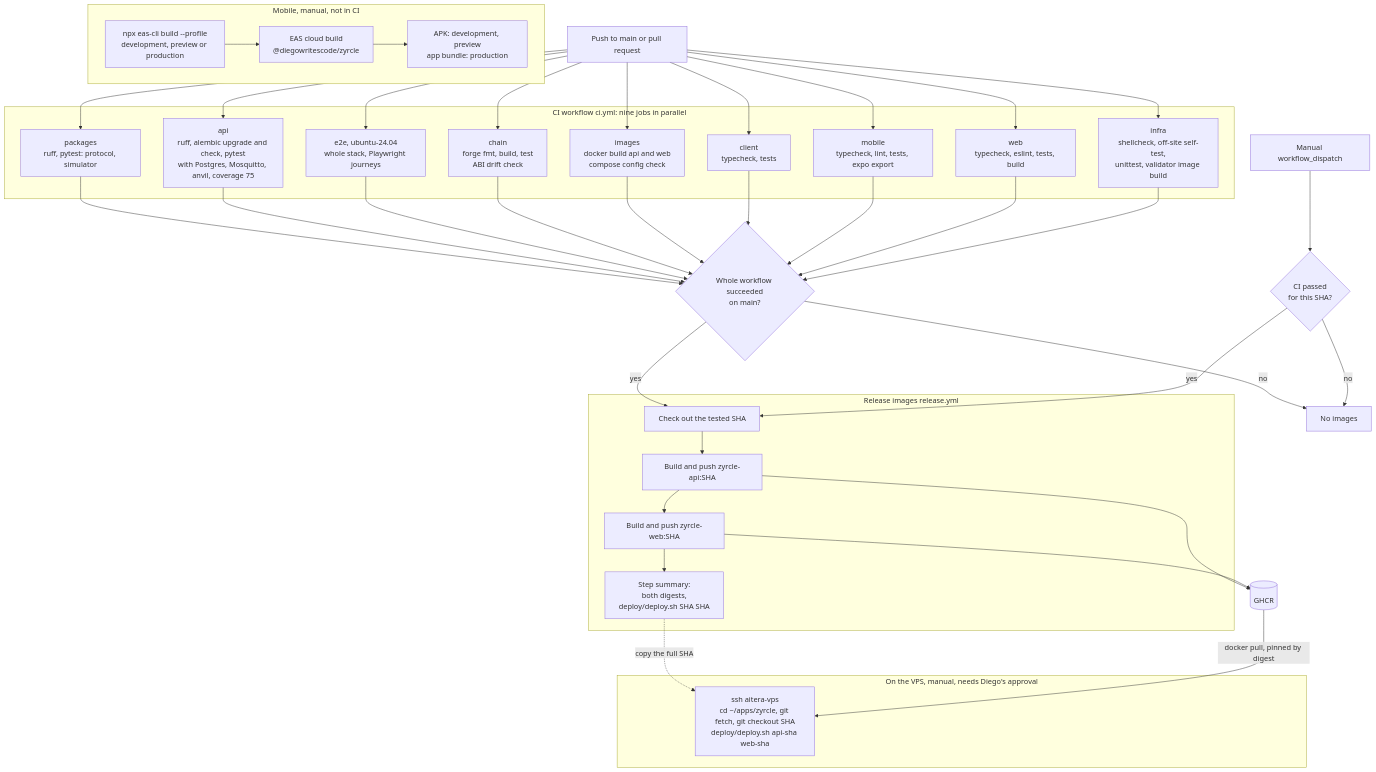
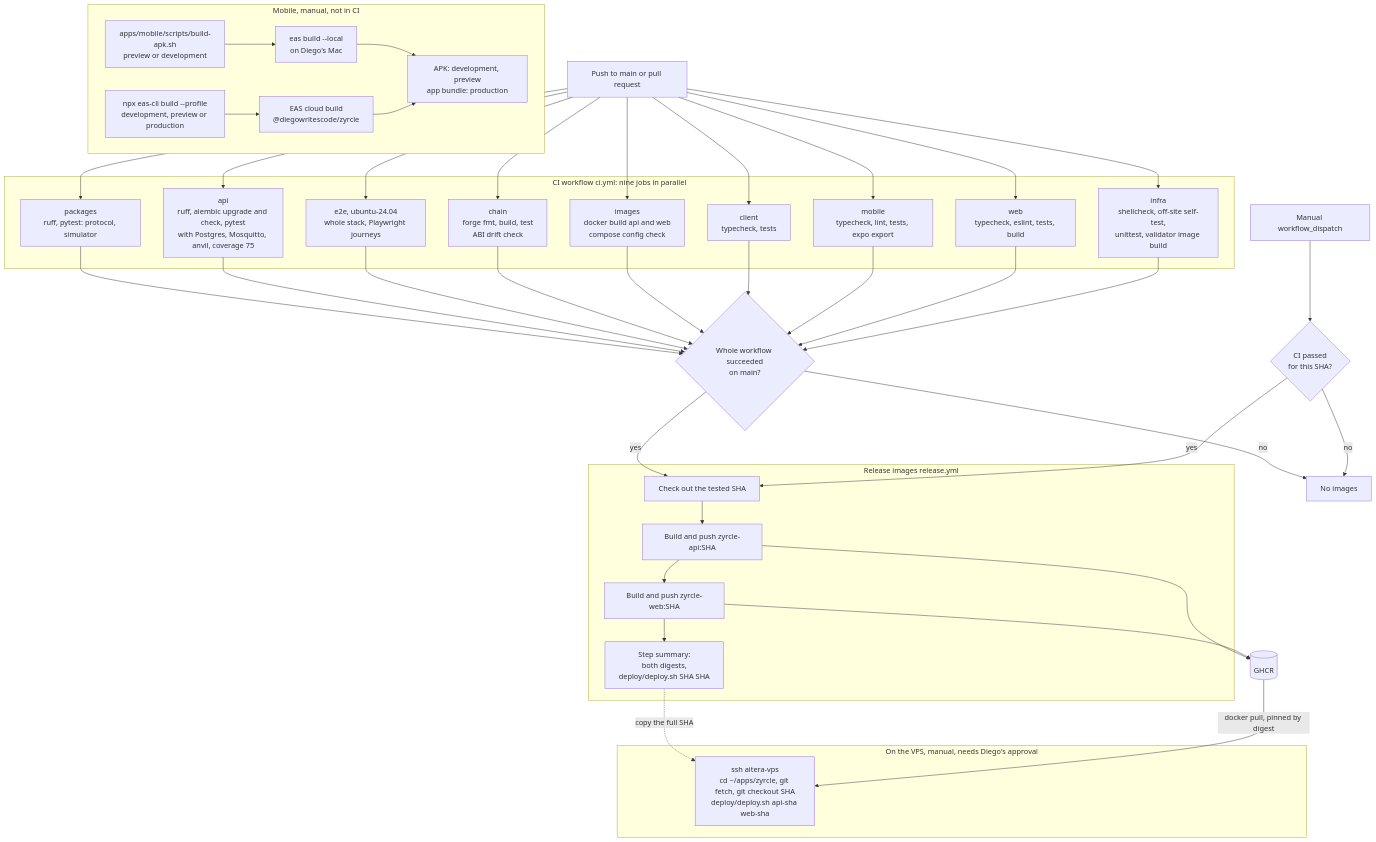
One commit to diegowritescode/zyrcle changed the second of 2 diagrams in docs/infrastructure.md. Above: the diagram before and after it, drawn with Mermaid. The commit also changed other lines of this file and 12 other files, not shown here.

First line of the commit message:
build(mobile): build the Android APK on the Mac with eas build --local

````diff
--- a/docs/infrastructure.md
+++ b/docs/infrastructure.md
@@ -820,34 +822,35 @@
 ```mermaid
 flowchart TB
   trigger["Push to main or pull request"] --> packages & apij & e2ej & chainj & imagesj & clientj & mobilej & webj & infraj
   subgraph ci["CI workflow ci.yml: nine jobs in parallel"]
     packages["packages<br/>ruff, pytest: protocol, simulator"]
     apij["api<br/>ruff, alembic upgrade and check, pytest<br/>with Postgres, Mosquitto, anvil, coverage 75"]
     e2ej["e2e, ubuntu-24.04<br/>whole stack, Playwright journeys"]
     chainj["chain<br/>forge fmt, build, test<br/>ABI drift check"]
     imagesj["images<br/>docker build api and web<br/>compose config check"]
     clientj["client<br/>typecheck, tests"]
     mobilej["mobile<br/>typecheck, lint, tests, expo export"]
     webj["web<br/>typecheck, eslint, tests, build"]
     infraj["infra<br/>shellcheck, off-site self-test,<br/>unittest, validator image build"]
   end
   packages & apij & e2ej & chainj & imagesj & clientj & mobilej & webj & infraj --> gate{"Whole workflow succeeded<br/>on main?"}
   gate -->|"no"| stop["No images"]
   gate -->|"yes"| checkout
   dispatch["Manual workflow_dispatch"] --> passed{"CI passed<br/>for this SHA?"}
   passed -->|"no"| stop
   passed -->|"yes"| checkout
   subgraph rel["Release images release.yml"]
     checkout["Check out the tested SHA"] --> pushapi["Build and push zyrcle-api:SHA"] --> pushweb["Build and push zyrcle-web:SHA"] --> summary["Step summary:<br/>both digests,<br/>deploy/deploy.sh SHA SHA"]
   end
   pushapi --> ghcr[("GHCR")]
   pushweb --> ghcr
   subgraph vps["On the VPS, manual, needs Diego's approval"]
     deploy["ssh aitera-vps<br/>cd ~/apps/zyrcle, git fetch, git checkout SHA<br/>deploy/deploy.sh api-sha web-sha"]
   end
   summary -.->|"copy the full SHA"| deploy
   ghcr -->|"docker pull, pinned by digest"| deploy
   subgraph mob["Mobile, manual, not in CI"]
-    eascmd["npx eas-cli build --profile<br/>development, preview or production"] --> easbuild["EAS cloud build<br/>@diegowritescode/zyrcle"] --> artifact["APK: development, preview<br/>app bundle: production"]
+    localcmd["apps/mobile/scripts/build-apk.sh<br/>preview or development"] --> easlocal["eas build --local<br/>on Diego's Mac"] --> artifact["APK: development, preview<br/>app bundle: production"]
+    eascmd["npx eas-cli build --profile<br/>development, preview or production"] --> easbuild["EAS cloud build<br/>@diegowritescode/zyrcle"] --> artifact
   end
 ```
````
